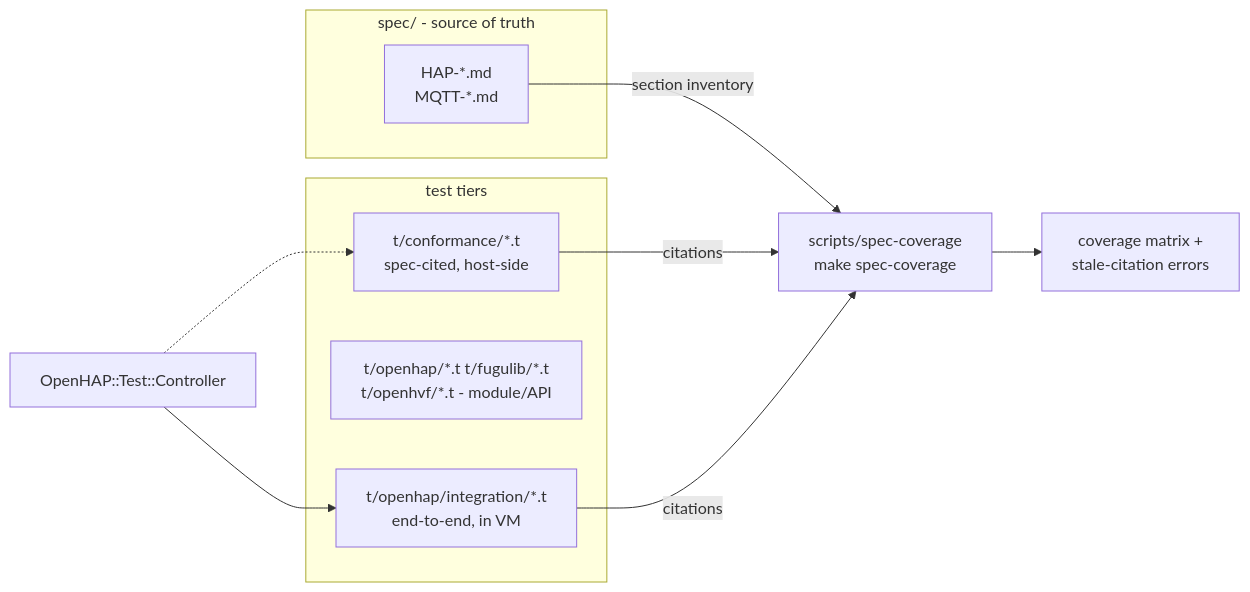
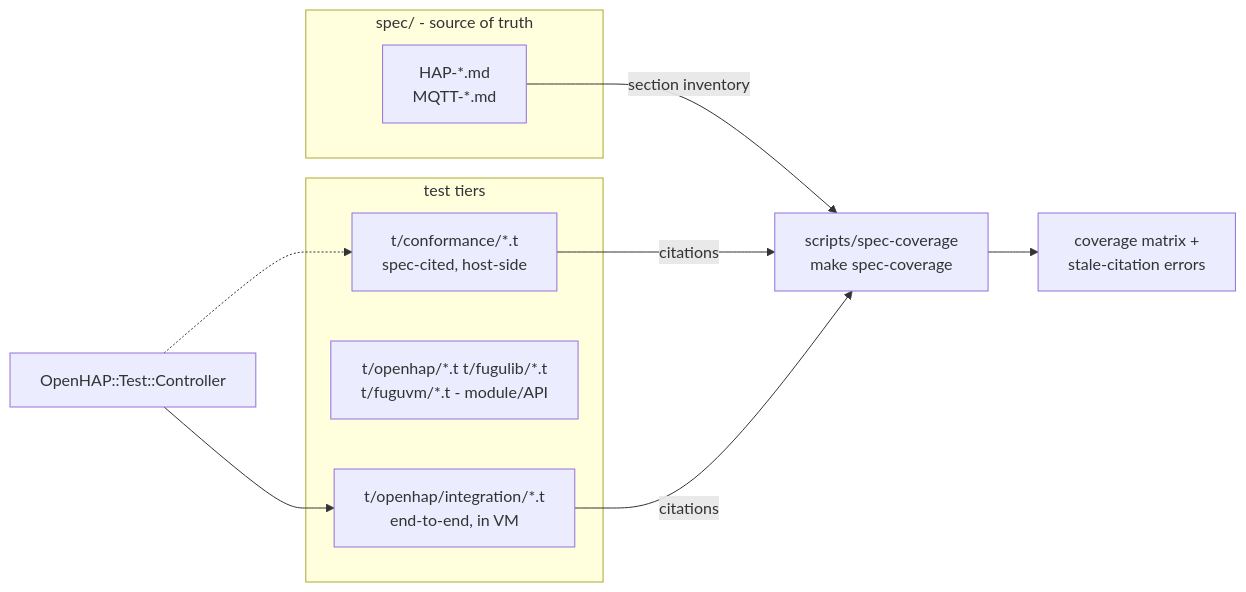
Before and after one commit to dickolsson/OpenHAP: the first of 2 diagrams in plans/001-test-structure/design.md, drawn with Mermaid. The commit also changed 15 other files, not shown here.

````diff
--- a/plans/001-test-structure/design.md
+++ b/plans/001-test-structure/design.md
@@ -36,18 +36,18 @@
 ```mermaid
 flowchart LR
     subgraph spec [spec/ - source of truth]
         S1[HAP-*.md<br/>MQTT-*.md]
     end
     subgraph tests [test tiers]
         T1[t/conformance/*.t<br/>spec-cited, host-side]
-        T2[t/openhap/*.t t/fugulib/*.t<br/>t/openhvf/*.t - module/API]
+        T2[t/openhap/*.t t/fugulib/*.t<br/>t/fuguvm/*.t - module/API]
         T3[t/openhap/integration/*.t<br/>end-to-end, in VM]
     end
     C[scripts/spec-coverage<br/>make spec-coverage]
     S1 -- section inventory --> C
     T1 -- citations --> C
     T3 -- citations --> C
     C --> R[coverage matrix +<br/>stale-citation errors]
     CT[OpenHAP::Test::Controller] --> T3
     CT -.-> T1
 ```
````
